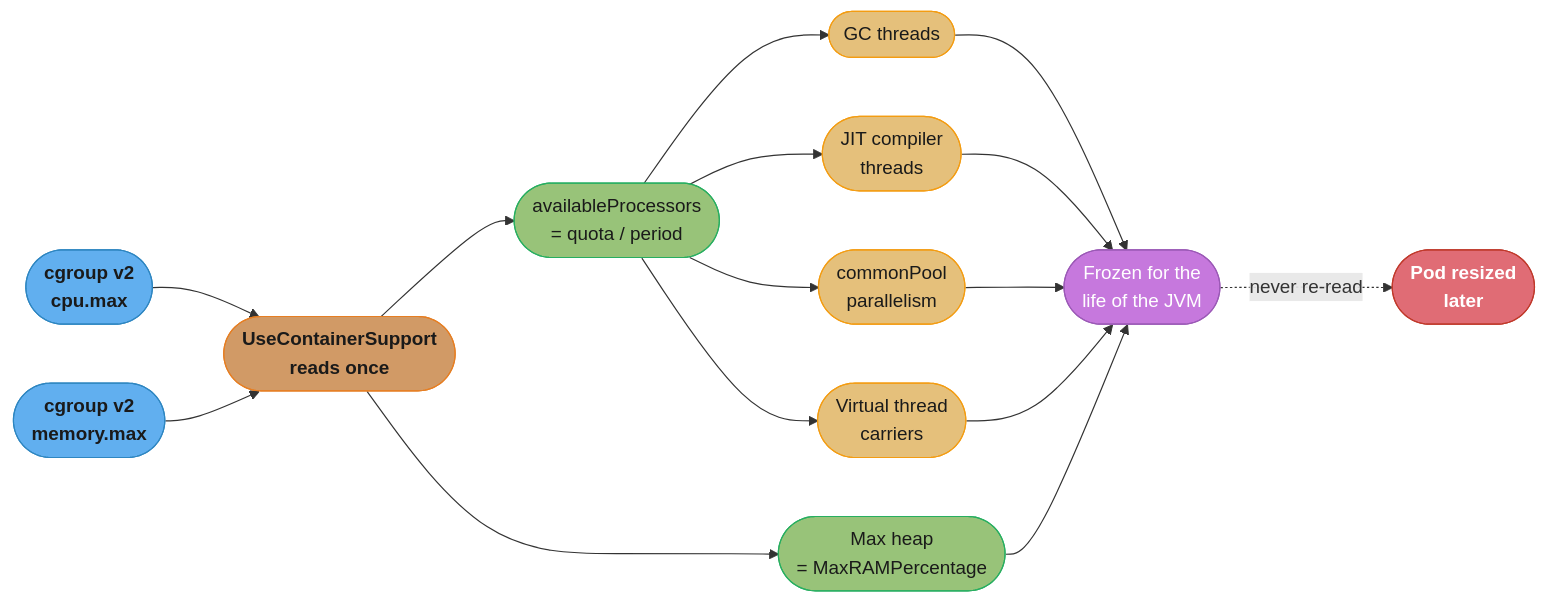
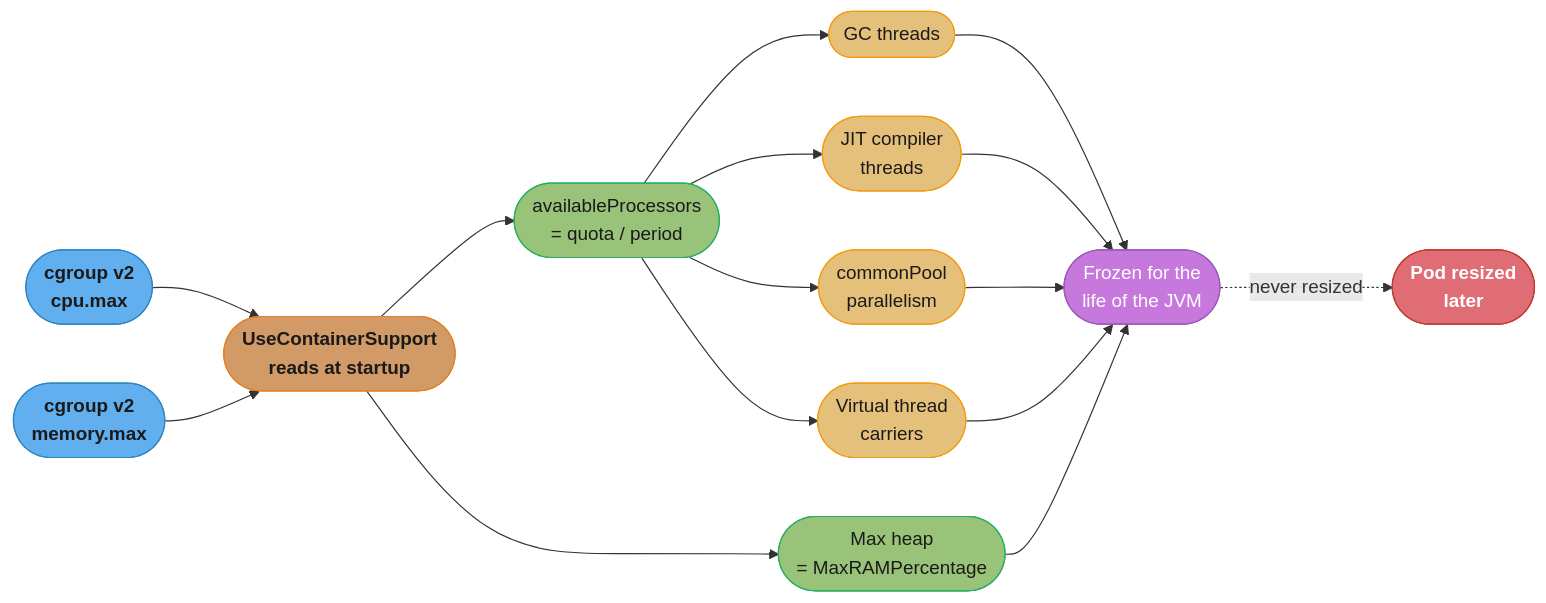
Before and after one commit to rppol/system-design: the first of 2 diagrams in src/main/java/com/rutik/systemdesign/java/performance_and_tuning/jvm_in_containers.md, drawn with Mermaid. The commit also changed other lines of this file and 655 other files, not shown here.

````diff
--- a/src/main/java/com/rutik/systemdesign/java/performance_and_tuning/jvm_in_containers.md
+++ b/src/main/java/com/rutik/systemdesign/java/performance_and_tuning/jvm_in_containers.md
@@ -104,31 +104,31 @@
 ```mermaid
 flowchart LR
     classDef io      fill:#61afef,stroke:#2e86c1,color:#1a1a1a,font-weight:bold
     classDef frozen  fill:#c678dd,stroke:#9b59b6,color:#fff
     classDef train   fill:#98c379,stroke:#27ae60,color:#1a1a1a
     classDef mathOp  fill:#d19a66,stroke:#e67e22,color:#1a1a1a,font-weight:bold
     classDef lossN   fill:#e06c75,stroke:#c0392b,color:#fff,font-weight:bold
     classDef base    fill:#e5c07b,stroke:#f39c12,color:#1a1a1a
 
-    cg(["cgroup v2<br/>cpu.max"]) --> read(["UseContainerSupport<br/>reads once"])
+    cg(["cgroup v2<br/>cpu.max"]) --> read(["UseContainerSupport<br/>reads at startup"])
     mem(["cgroup v2<br/>memory.max"]) --> read
     read --> apc(["availableProcessors<br/>= quota / period"])
     read --> heap(["Max heap<br/>= MaxRAMPercentage"])
     apc --> gc(["GC threads"])
     apc --> jit(["JIT compiler<br/>threads"])
     apc --> fjp(["commonPool<br/>parallelism"])
     apc --> vt(["Virtual thread<br/>carriers"])
     gc --> froze(["Frozen for the<br/>life of the JVM"])
     jit --> froze
     fjp --> froze
     vt --> froze
     heap --> froze
-    froze -.->|"never re-read"| resize(["Pod resized<br/>later"])
+    froze -.->|"never resized"| resize(["Pod resized<br/>later"])
 
     class cg,mem io
     class read mathOp
     class apc,heap train
     class gc,jit,fjp,vt base
     class froze frozen
     class resize lossN
 ```
````
